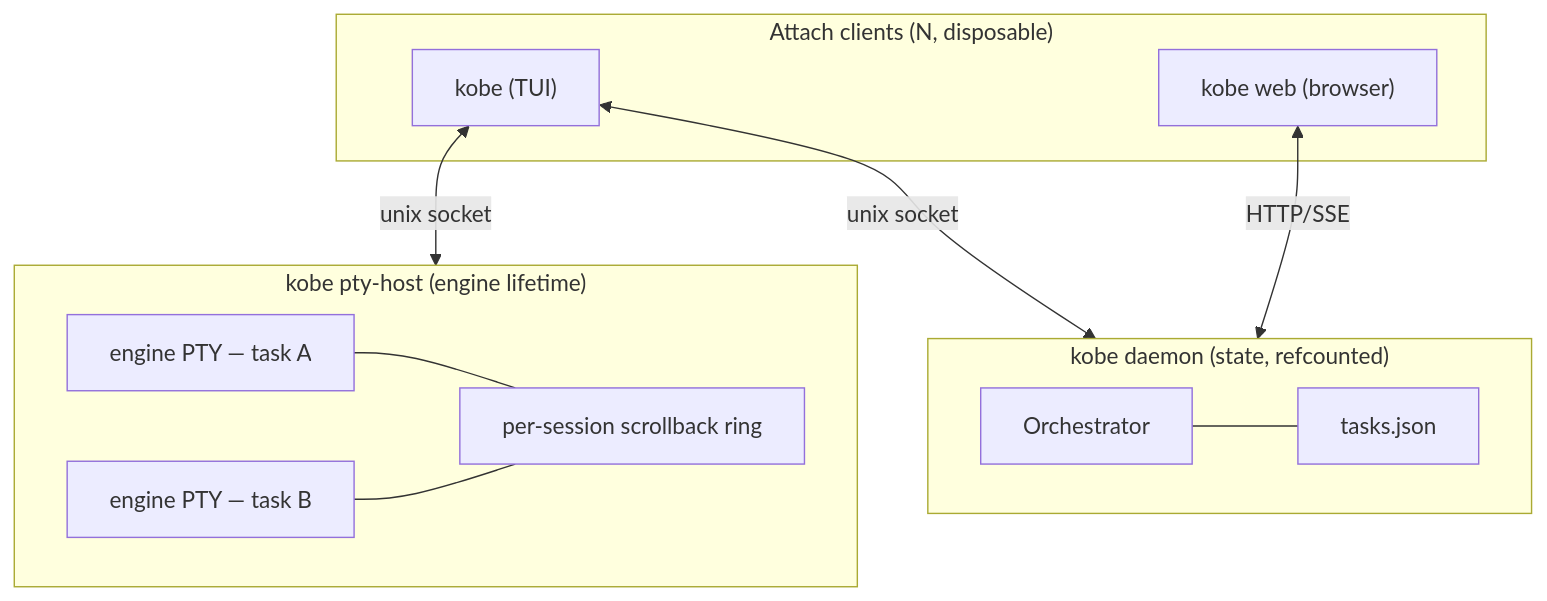
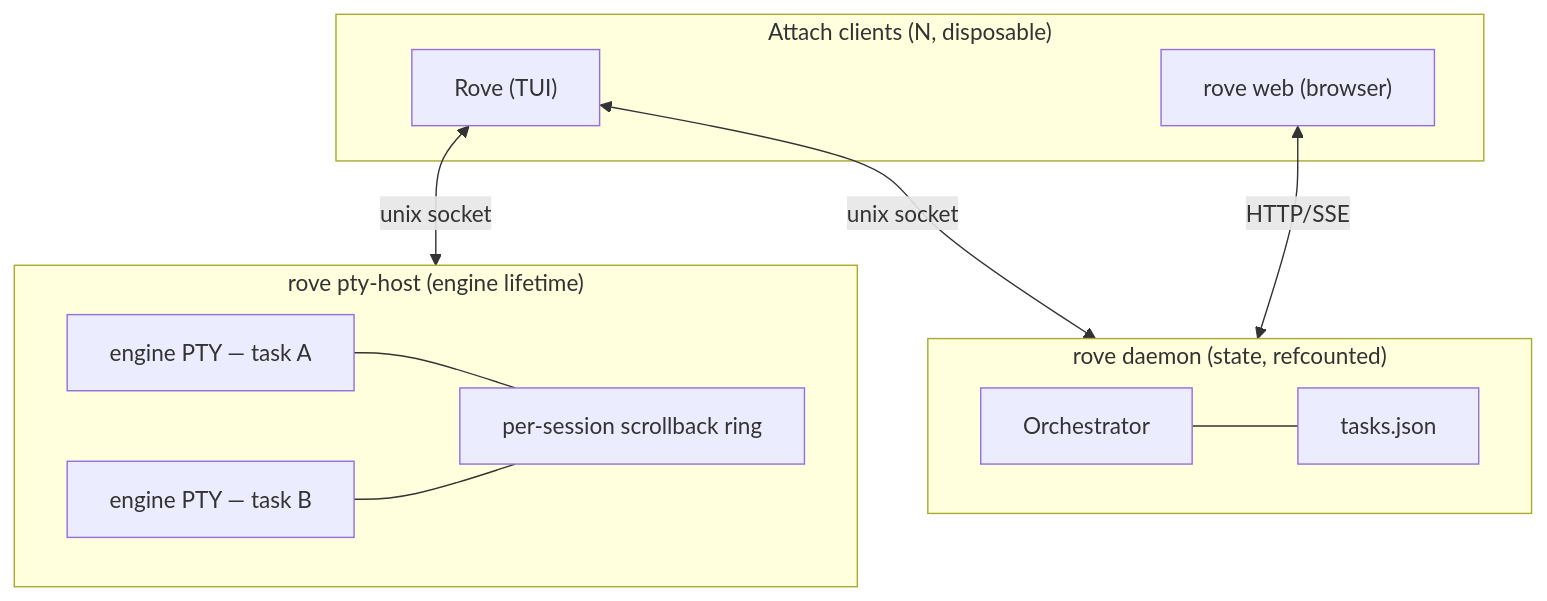
Before and after one commit to Sma1lboy/kobe: the diagram in docs/SESSIONS.md, drawn with Mermaid. The commit also changed other lines of this file and 215 other files, not shown here.

````diff
--- a/docs/SESSIONS.md
+++ b/docs/SESSIONS.md
@@ -24,22 +24,22 @@
 ```mermaid
 flowchart TB
   subgraph clients["Attach clients (N, disposable)"]
-    tui["kobe (TUI)"]
-    web["kobe web (browser)"]
+    tui["Rove (TUI)"]
+    web["rove web (browser)"]
   end
-  subgraph daemon["kobe daemon (state, refcounted)"]
+  subgraph daemon["rove daemon (state, refcounted)"]
     orch[Orchestrator]
     idx["tasks.json"]
   end
-  subgraph host["kobe pty-host (engine lifetime)"]
+  subgraph host["rove pty-host (engine lifetime)"]
     p1["engine PTY — task A"]
     p2["engine PTY — task B"]
     ring["per-session scrollback ring"]
   end
   tui <-->|unix socket| daemon
   web <-->|HTTP/SSE| daemon
   tui <-->|unix socket| host
   orch --- idx
   p1 --- ring
   p2 --- ring
 ```
````
